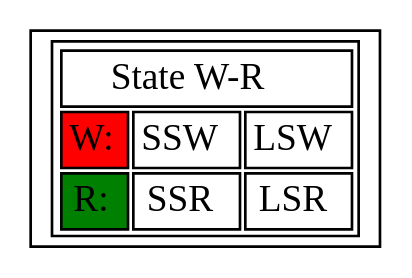
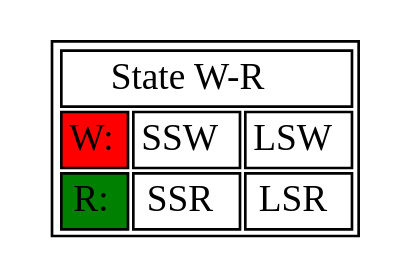
The diagram in msm/legend_wr.dot (spurious/ThreadSanitizer-mirror), drawn with Graphviz before and after one commit. The commit also changed 7 other files, not shown here.

```diff
--- a/msm/legend_wr.dot
+++ b/msm/legend_wr.dot
@@ -1,14 +1,14 @@
 digraph msm1{
-  zw [shape=rectangle label=<<TABLE BGCOLOR="white"> <tr> 
+  zw [shape=plaintext label=<<TABLE BGCOLOR="white"> <tr> 
         <td colspan="3">State W-R</td> 
       </tr> <tr> 
         <td bgcolor="red">W:</td>
         <td>SSW</td>
         <td>LSW</td>  
       </tr> <tr> 
         <td bgcolor="green">R:</td>
         <td>SSR</td>
         <td>LSR</td>  
       </tr> </TABLE>>
     ]
 }
```
